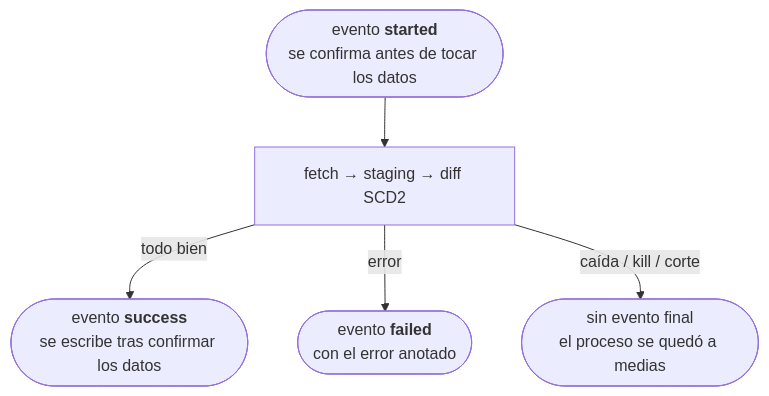
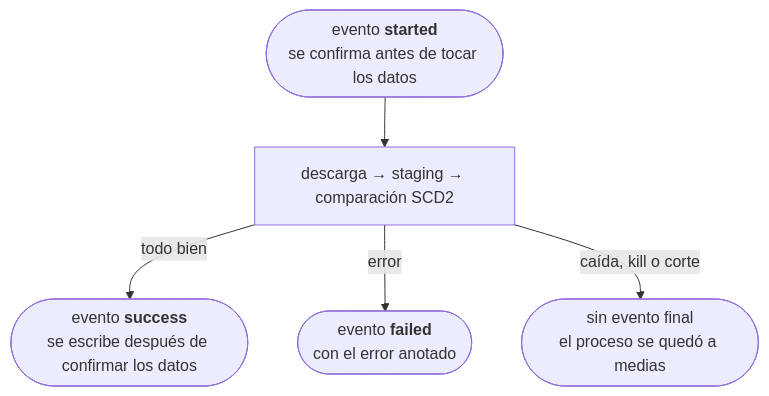
The second of 2 diagrams in docs/sync/reference/data-model.md (cruzlorite/bdns-fetch), drawn with Mermaid before and after one commit. The commit also changed other lines of this file and 39 other files, not shown here.

````diff
--- a/docs/sync/reference/data-model.md
+++ b/docs/sync/reference/data-model.md
@@ -108,7 +102,7 @@
 ```mermaid
 flowchart TD
-    A(["evento <b>started</b><br/>se confirma antes de tocar los datos"]) --> B["fetch → staging → diff SCD2"]
-    B -->|todo bien| C(["evento <b>success</b><br/>se escribe tras confirmar los datos"])
+    A(["evento <b>started</b><br/>se confirma antes de tocar los datos"]) --> B["descarga → staging → comparación SCD2"]
+    B -->|todo bien| C(["evento <b>success</b><br/>se escribe después de confirmar los datos"])
     B -->|error| D(["evento <b>failed</b><br/>con el error anotado"])
-    B -->|caída / kill / corte| E(["sin evento final<br/>el proceso se quedó a medias"])
+    B -->|caída, kill o corte| E(["sin evento final<br/>el proceso se quedó a medias"])
 ```
````
